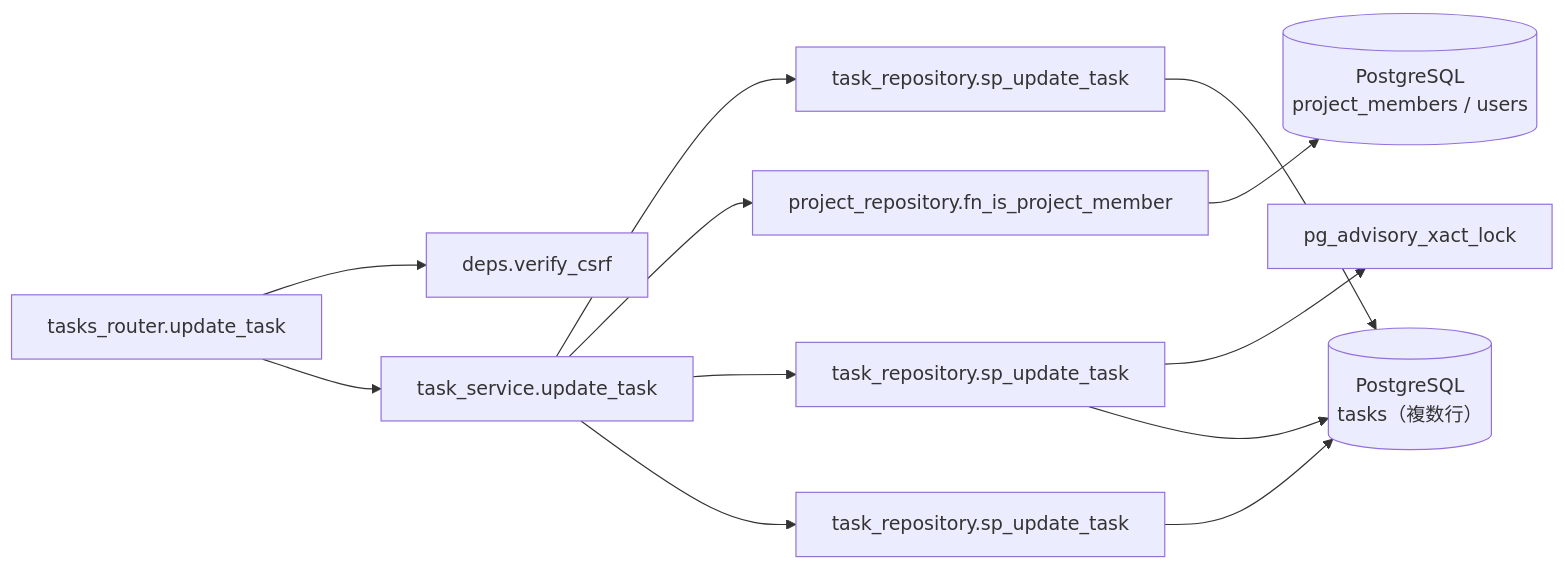
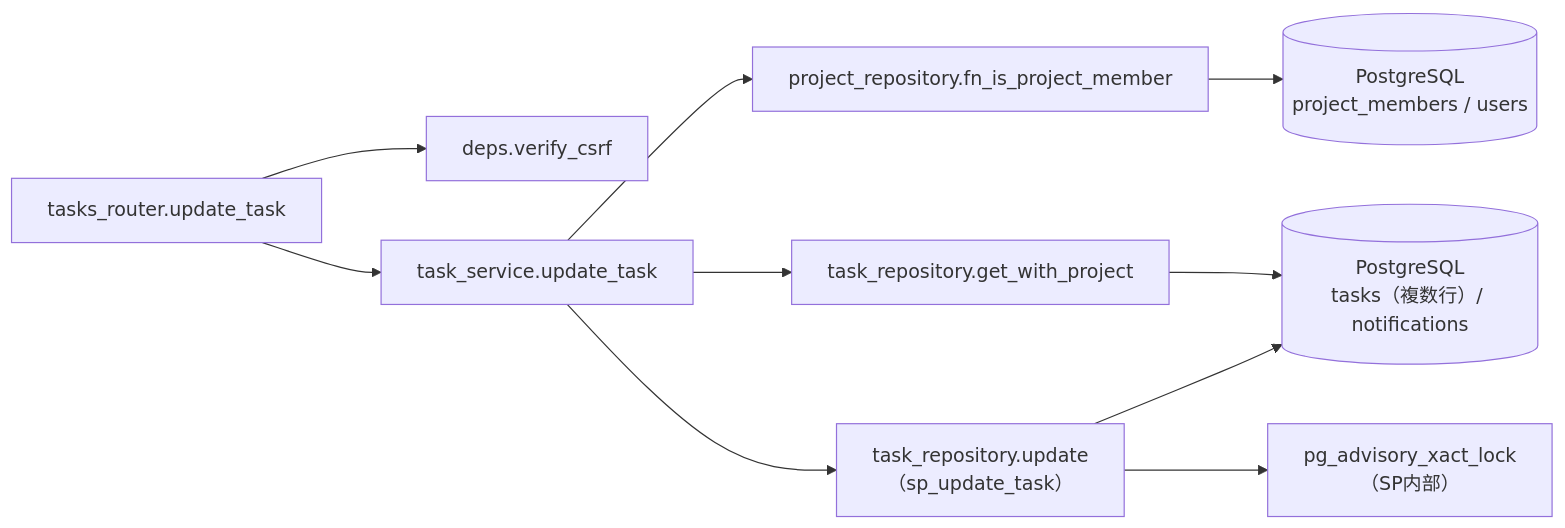
One commit to oikawa-d/task_management changed the third of 4 diagrams in detailed_design/api/tasks/04_patch_task.md. Above: the diagram before and after it, drawn with Mermaid. The commit also changed other lines of this file and 6 other files, not shown here.

````diff
--- a/detailed_design/api/tasks/04_patch_task.md
+++ b/detailed_design/api/tasks/04_patch_task.md
@@ -286,14 +265,12 @@
 ```mermaid
 flowchart LR
     R["tasks_router.update_task"] --> DEP["deps.verify_csrf"]
     R --> S["task_service.update_task"]
-    S --> G["task_repository.sp_update_task"]
+    S --> G["task_repository.get_with_project"]
     S --> PR["project_repository.fn_is_project_member"]
-    S --> RO["task_repository.sp_update_task"]
-    S --> UF["task_repository.sp_update_task"]
-    RO --> LOCK["pg_advisory_xact_lock"]
-    RO --> DB[("PostgreSQL<br/>tasks（複数行）")]
-    UF --> DB
+    S --> UP["task_repository.update<br/>（sp_update_task）"]
+    UP --> LOCK["pg_advisory_xact_lock<br/>（SP内部）"]
+    UP --> DB[("PostgreSQL<br/>tasks（複数行）/ notifications")]
     G --> DB
     PR --> DBM[("PostgreSQL<br/>project_members / users")]
 ```
````
